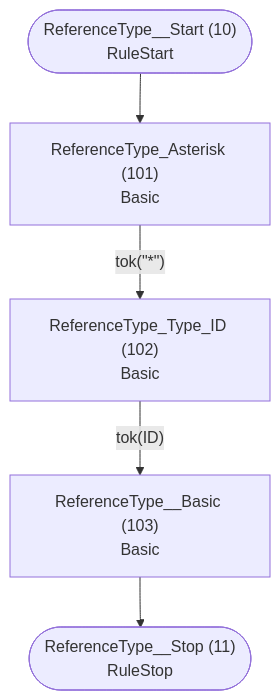
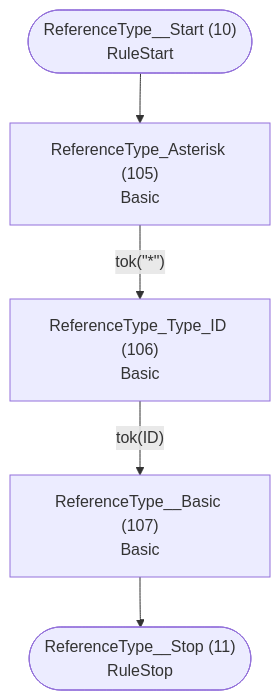
The sixth of 26 diagrams in internal/grammar/atn.md (TypeFox/fastbelt), drawn with Mermaid before and after one commit. The commit also changed other lines of this file and 51 other files, not shown here.

````diff
--- a/internal/grammar/atn.md
+++ b/internal/grammar/atn.md
@@ -167,13 +172,13 @@
 ```mermaid
 flowchart TD
     q10(["ReferenceType__Start (10)<br/>RuleStart"])
     q11(["ReferenceType__Stop (11)<br/>RuleStop"])
-    q101["ReferenceType_Asterisk (101)<br/>Basic<br/>"]
-    q102["ReferenceType_Type_ID (102)<br/>Basic<br/>"]
-    q103["ReferenceType__Basic (103)<br/>Basic<br/>"]
+    q105["ReferenceType_Asterisk (105)<br/>Basic<br/>"]
+    q106["ReferenceType_Type_ID (106)<br/>Basic<br/>"]
+    q107["ReferenceType__Basic (107)<br/>Basic<br/>"]
 
-    q10 --> q101
-    q101 -->|"tok(&quot;*&quot;)"| q102
-    q102 -->|"tok(ID)"| q103
-    q103 --> q11
+    q10 --> q105
+    q105 -->|"tok(&quot;*&quot;)"| q106
+    q106 -->|"tok(ID)"| q107
+    q107 --> q11
 ```
````
